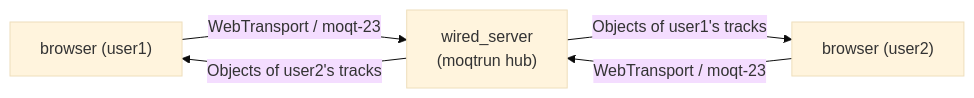
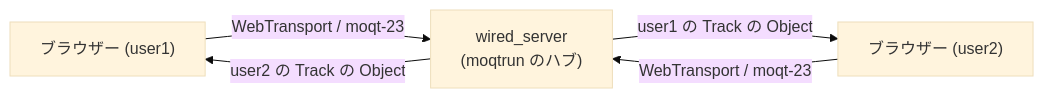
The first of 6 diagrams in examples/moqt_chat/README.md (Hakkadaikon/wired), drawn with Mermaid (base theme) before and after one commit. The commit also changed other lines of this file, not shown here.

First line of the commit message:
docs(moqt_chat): Japanese labels in the README diagrams

````diff
--- a/examples/moqt_chat/README.md
+++ b/examples/moqt_chat/README.md
@@ -26,7 +26,7 @@
 ```mermaid
 graph LR
-    a["browser (user1)"] -- "WebTransport / moqt-23" --> hub["wired_server<br/>(moqtrun hub)"]
-    b["browser (user2)"] -- "WebTransport / moqt-23" --> hub
-    hub -- "Objects of user1's tracks" --> b
-    hub -- "Objects of user2's tracks" --> a
+    a["ブラウザー (user1)"] -- "WebTransport / moqt-23" --> hub["wired_server<br/>(moqtrun のハブ)"]
+    b["ブラウザー (user2)"] -- "WebTransport / moqt-23" --> hub
+    hub -- "user1 の Track の Object" --> b
+    hub -- "user2 の Track の Object" --> a
 ```
````
